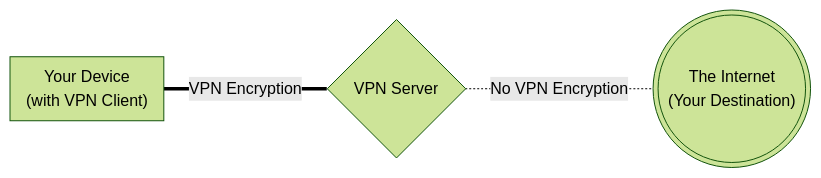
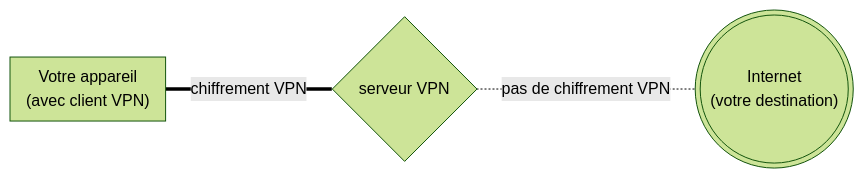
The diagram in i18n/fr/basics/vpn-overview.md (privacyguides/i18n), drawn with Mermaid (forest theme) before and after one commit. The commit also changed other lines of this file, not shown here.

````diff
--- a/i18n/fr/basics/vpn-overview.md
+++ b/i18n/fr/basics/vpn-overview.md
@@ -22,7 +22,7 @@
 ``` mermaid
 flowchart LR
- 763931["Your Device<div>(with VPN Client)</div>"] ===|"VPN Encryption"| 404512{"VPN Server"}
- 404512 -.-|"No VPN Encryption"| 593753((("The Internet\n(Your Destination)")))
- subgraph 763931["Your Device<div>(with VPN Client)</div>"]
+ 763931["Votre appareil<div>(avec client VPN)</div>"] ===|"chiffrement VPN"| 404512{"serveur VPN"}
+ 404512 -.-|"pas de chiffrement VPN"| 593753((("Internet\n(votre destination)")))
+ subgraph 763931["Votre appareil<div>(avec client VPN)</div>"]
  end
 ```
````
